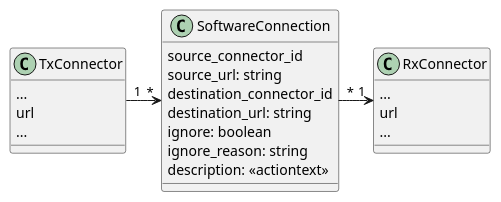
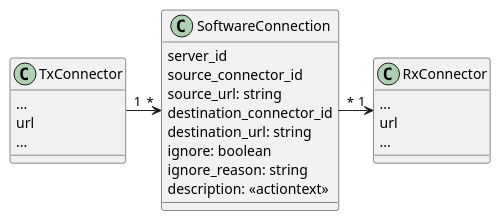
Before and after one commit to swobspace/mirco: the diagram in doc/dev-notes/modules/ROOT/images/software-connections.puml, drawn with PlantUML. The commit also changed 7 other files, not shown here.

```diff
--- a/doc/dev-notes/modules/ROOT/images/software-connections.puml
+++ b/doc/dev-notes/modules/ROOT/images/software-connections.puml
@@ -1,27 +1,28 @@
 @startuml
 
 class TxConnector {
   ...
   url
   ...
 }
 
 class SoftwareConnection {
+  server_id
   source_connector_id
   source_url: string
   destination_connector_id
   destination_url: string
   ignore: boolean
   ignore_reason: string
   description: <<actiontext>>
 }
 
 class RxConnector {
   ...
   url
   ...
 }
 
 TxConnector "1" -> "*" SoftwareConnection
 SoftwareConnection "*" -> "1" RxConnector
 @enduml
```
